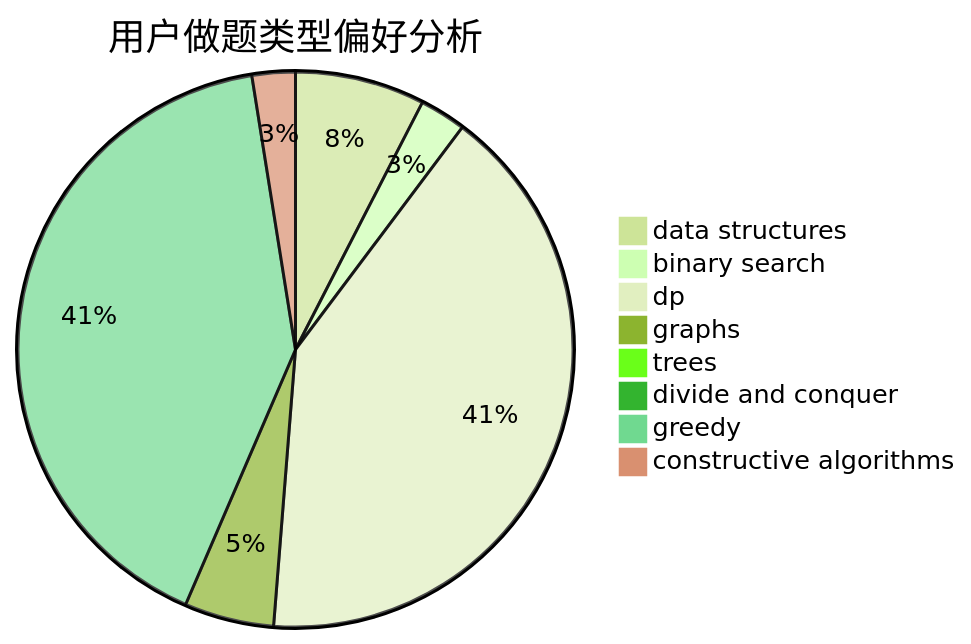
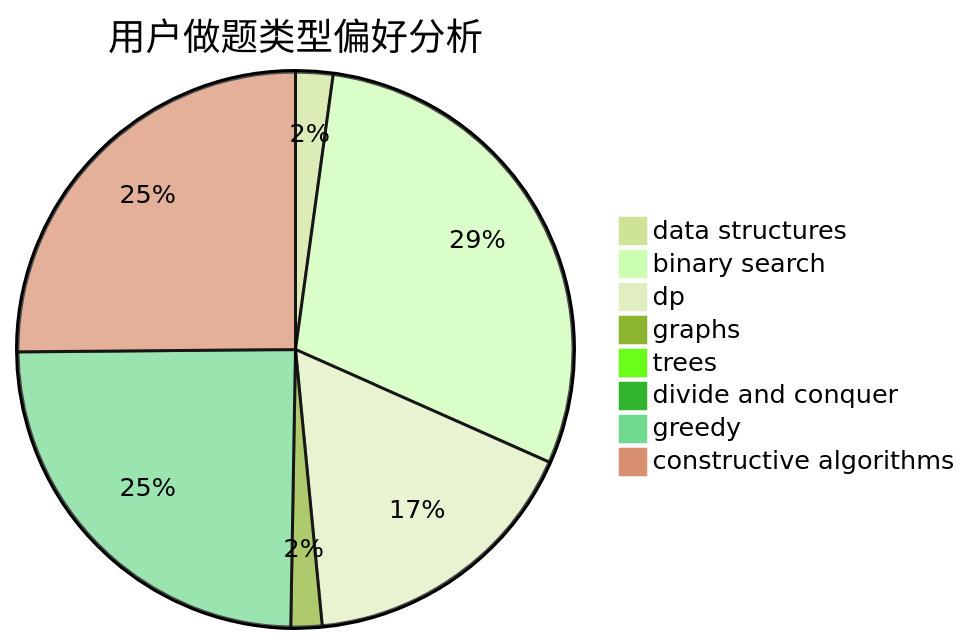
One commit to sherpahu/cfrs.github.io changed the second of 3 diagrams in docs/user/u544.md. Above: the diagram before and after it, drawn with Mermaid (forest theme). The commit also changed other lines of this file and 2770 other files, not shown here.

````diff
--- a/docs/user/u544.md
+++ b/docs/user/u544.md
@@ -23,11 +23,11 @@
 ```mermaid
 pie title 用户做题类型偏好分析
-    "data structures" :  42
-    "binary search" :  15
-    "dp" :  228
-    "graphs" :  29
-    "trees" :  3
+    "data structures" :  12
+    "binary search" :  163
+    "dp" :  93
+    "graphs" :  10
+    "trees" :  0
     "divide and conquer" :  0
-    "greedy" :  228
-    "constructive algorithms" :  14
+    "greedy" :  136
+    "constructive algorithms" :  139
 ```
````
